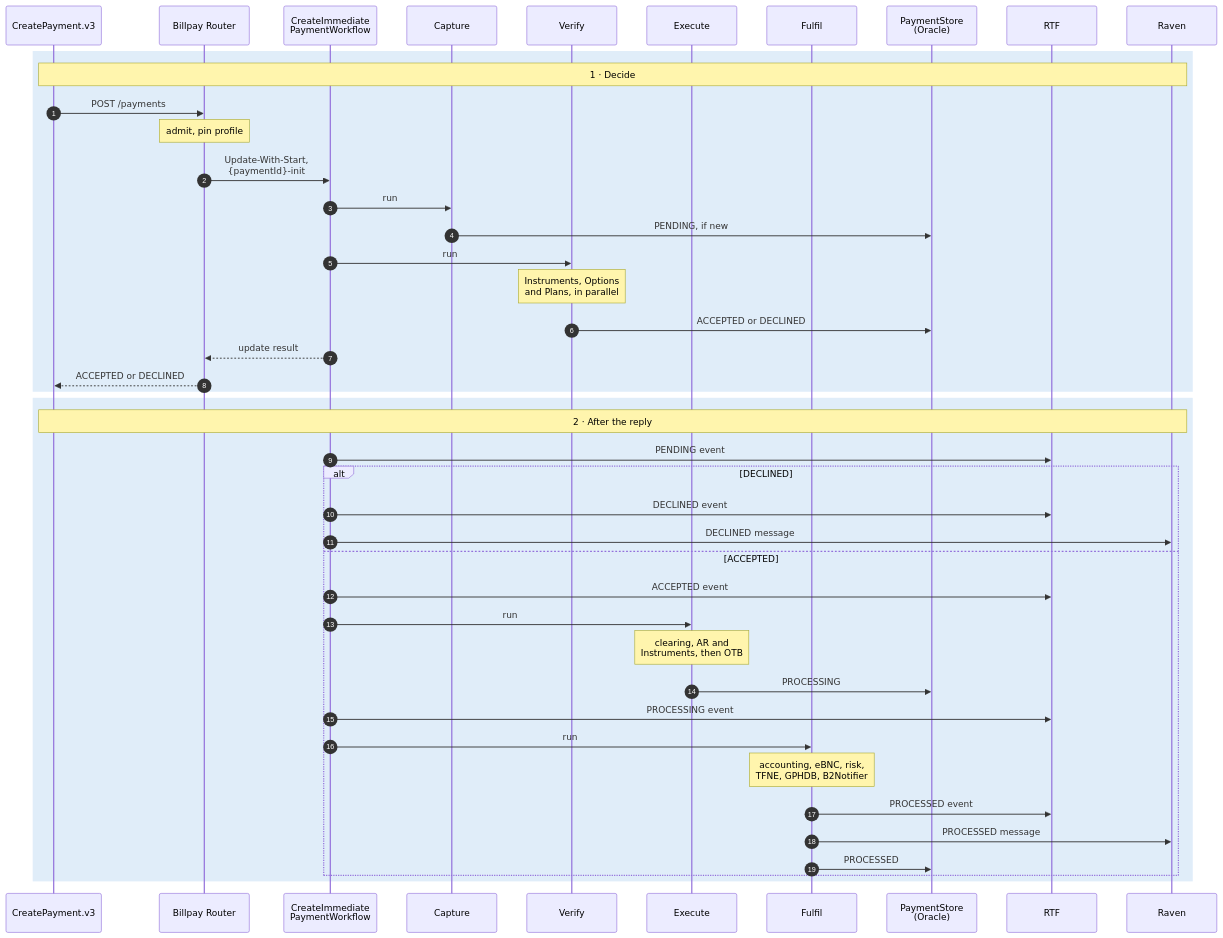
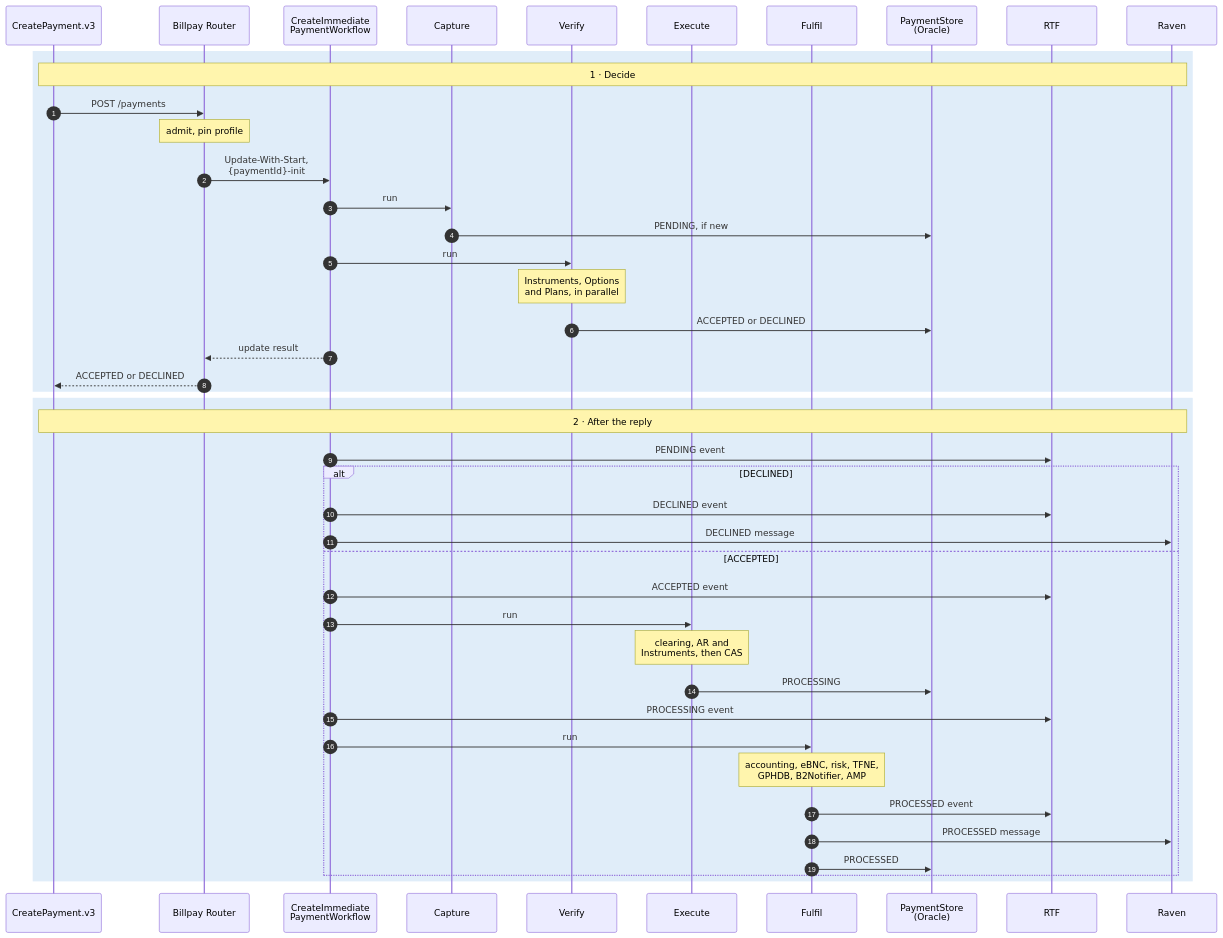
Before and after one commit to arunav-bhattacharya/billpay-book: the first of 16 diagrams in website/docs/design/sequence-diagrams.md, drawn with Mermaid. The commit also changed other lines of this file and 44 other files, not shown here.

````diff
--- a/website/docs/design/sequence-diagrams.md
+++ b/website/docs/design/sequence-diagrams.md
@@ -32,54 +32,54 @@
 ```mermaid
 ---
 config:
   fontFamily: "BentonSansUI, Helvetica, Arial, sans-serif"
   fontSize: 15
 ---
 sequenceDiagram
   autonumber
 
   participant OD as CreatePayment.v3
   participant R as Billpay Router
   participant WF as CreateImmediate<br/>PaymentWorkflow
   participant CAP as Capture
   participant VER as Verify
   participant EXE as Execute
   participant FUL as Fulfil
   participant PS as PaymentStore<br/>(Oracle)
   participant RTF
   participant RAV as Raven
 
   rect rgba(0,111,207,0.12)
     Note over OD,RAV: 1 · Decide
     OD->>R: POST /payments
     Note over R: admit, pin profile
     R->>WF: Update-With-Start,<br/>{paymentId}-init
     WF->>CAP: run
     CAP->>PS: PENDING, if new
     WF->>VER: run
     Note over VER: Instruments, Options<br/>and Plans, in parallel
     VER->>PS: ACCEPTED or DECLINED
     WF-->>R: update result
     R-->>OD: ACCEPTED or DECLINED
   end
 
   rect rgba(0,111,207,0.12)
     Note over OD,RAV: 2 · After the reply
     WF->>RTF: PENDING event
     alt DECLINED
       WF->>RTF: DECLINED event
       WF->>RAV: DECLINED message
     else ACCEPTED
       WF->>RTF: ACCEPTED event
       WF->>EXE: run
-      Note over EXE: clearing, AR and<br/>Instruments, then OTB
+      Note over EXE: clearing, AR and<br/>Instruments, then CAS
       EXE->>PS: PROCESSING
       WF->>RTF: PROCESSING event
       WF->>FUL: run
-      Note over FUL: accounting, eBNC, risk,<br/>TFNE, GPHDB, B2Notifier
+      Note over FUL: accounting, eBNC, risk, TFNE,<br/>GPHDB, B2Notifier, AMP
       FUL->>RTF: PROCESSED event
       FUL->>RAV: PROCESSED message
       FUL->>PS: PROCESSED
     end
   end
 ```
````
